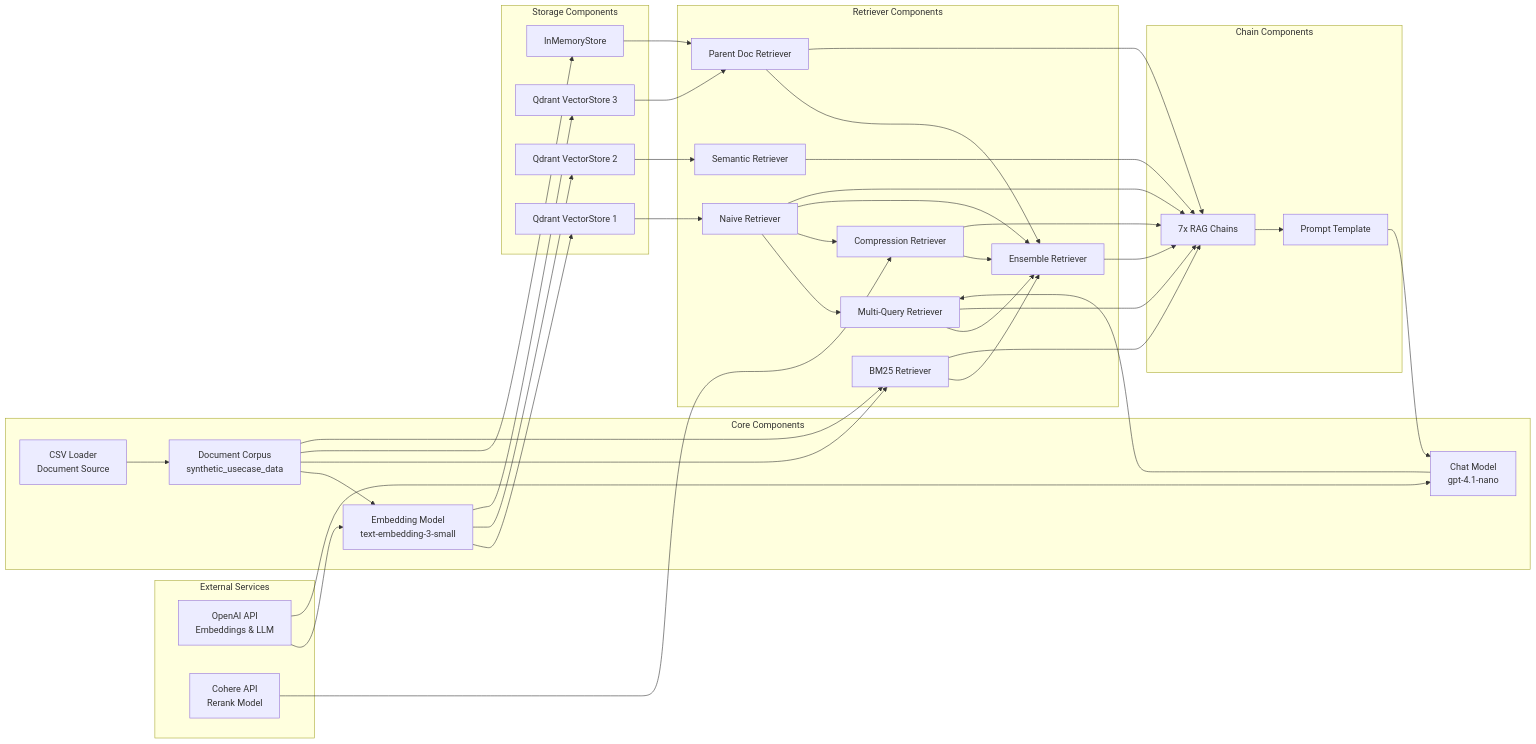
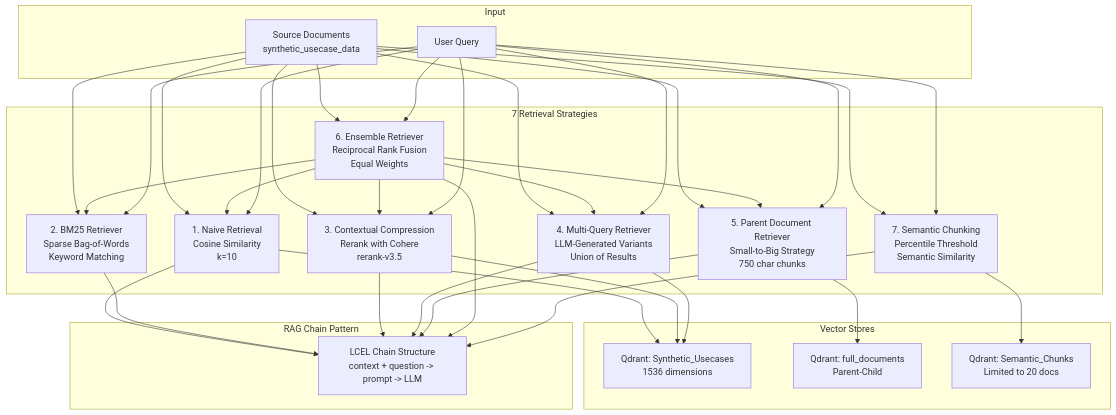
One commit to don-aie-cohort8/aie8-s09-adv-retrieval changed the third of 8 diagrams in architecture/diagrams/02_architecture_diagrams.md. Above: the diagram before and after it, drawn with Mermaid. The commit also changed other lines of this file and 11 other files, not shown here.

````diff
--- a/architecture/diagrams/02_architecture_diagrams.md
+++ b/architecture/diagrams/02_architecture_diagrams.md
@@ -125,75 +134,63 @@
 ```mermaid
-graph LR
-    subgraph External Services
-        OPENAI[OpenAI API<br/>Embeddings & LLM]
-        COHERE[Cohere API<br/>Rerank Model]
+graph TB
+    subgraph "Input"
+        QUERY[User Query]
+        DOCS[Source Documents<br/>synthetic_usecase_data]
     end
 
-    subgraph Core Components
-        DATA[CSV Loader<br/>Document Source]
-        DOCS[Document Corpus<br/>synthetic_usecase_data]
-        EMB[Embedding Model<br/>text-embedding-3-small]
-        LLM[Chat Model<br/>gpt-4.1-nano]
+    subgraph "7 Retrieval Strategies"
+        NAIVE[1. Naive Retrieval<br/>Cosine Similarity<br/>k=10]
+        BM25[2. BM25 Retriever<br/>Sparse Bag-of-Words<br/>Keyword Matching]
+        COMPRESS[3. Contextual Compression<br/>Rerank with Cohere<br/>rerank-v3.5]
+        MULTI[4. Multi-Query Retriever<br/>LLM-Generated Variants<br/>Union of Results]
+        PARENT[5. Parent Document Retriever<br/>Small-to-Big Strategy<br/>750 char chunks]
+        ENSEMBLE[6. Ensemble Retriever<br/>Reciprocal Rank Fusion<br/>Equal Weights]
+        SEMANTIC[7. Semantic Chunking<br/>Percentile Threshold<br/>Semantic Similarity]
     end
 
-    subgraph Retriever Components
-        NAIVE[Naive Retriever]
-        BM25[BM25 Retriever]
-        MULTI[Multi-Query Retriever]
-        PARENT[Parent Doc Retriever]
-        COMPRESS[Compression Retriever]
-        ENSEMBLE[Ensemble Retriever]
-        SEMANTIC[Semantic Retriever]
+    subgraph "Vector Stores"
+        VS1[Qdrant: Synthetic_Usecases<br/>1536 dimensions]
+        VS2[Qdrant: full_documents<br/>Parent-Child]
+        VS3[Qdrant: Semantic_Chunks<br/>Limited to 20 docs]
     end
 
-    subgraph Storage Components
-        QDRANT1[Qdrant VectorStore 1]
-        QDRANT2[Qdrant VectorStore 2]
-        QDRANT3[Qdrant VectorStore 3]
-        MEMSTORE[InMemoryStore]
+    subgraph "RAG Chain Pattern"
+        LCEL[LCEL Chain Structure<br/>context + question -> prompt -> LLM]
     end
 
-    subgraph Chain Components
-        CHAINS[7x RAG Chains]
-        PROMPT[Prompt Template]
-    end
+    DOCS --> NAIVE
+    DOCS --> BM25
+    DOCS --> COMPRESS
+    DOCS --> MULTI
+    DOCS --> PARENT
+    DOCS --> ENSEMBLE
+    DOCS --> SEMANTIC
 
-    OPENAI --> EMB
-    OPENAI --> LLM
-    COHERE --> COMPRESS
+    NAIVE --> VS1
+    COMPRESS --> VS1
+    MULTI --> VS1
+    PARENT --> VS2
+    SEMANTIC --> VS3
 
-    DATA --> DOCS
-    DOCS --> EMB
-    DOCS --> BM25
+    ENSEMBLE --> BM25
+    ENSEMBLE --> NAIVE
+    ENSEMBLE --> PARENT
+    ENSEMBLE --> COMPRESS
+    ENSEMBLE --> MULTI
 
-    EMB --> QDRANT1
-    EMB --> QDRANT2
-    EMB --> QDRANT3
-    DOCS --> MEMSTORE
+    QUERY --> NAIVE
+    QUERY --> BM25
+    QUERY --> COMPRESS
+    QUERY --> MULTI
+    QUERY --> PARENT
+    QUERY --> ENSEMBLE
+    QUERY --> SEMANTIC
 
-    QDRANT1 --> NAIVE
-    QDRANT2 --> SEMANTIC
-    QDRANT3 --> PARENT
-    MEMSTORE --> PARENT
-    DOCS --> BM25
-    NAIVE --> MULTI
-    LLM --> MULTI
-    NAIVE --> COMPRESS
-
-    NAIVE --> ENSEMBLE
-    BM25 --> ENSEMBLE
-    MULTI --> ENSEMBLE
-    PARENT --> ENSEMBLE
-    COMPRESS --> ENSEMBLE
-
-    NAIVE --> CHAINS
-    BM25 --> CHAINS
-    MULTI --> CHAINS
-    PARENT --> CHAINS
-    COMPRESS --> CHAINS
-    ENSEMBLE --> CHAINS
-    SEMANTIC --> CHAINS
-
-    CHAINS --> PROMPT
-    PROMPT --> LLM
+    NAIVE --> LCEL
+    BM25 --> LCEL
+    COMPRESS --> LCEL
+    MULTI --> LCEL
+    PARENT --> LCEL
+    ENSEMBLE --> LCEL
+    SEMANTIC --> LCEL
 ```
````
